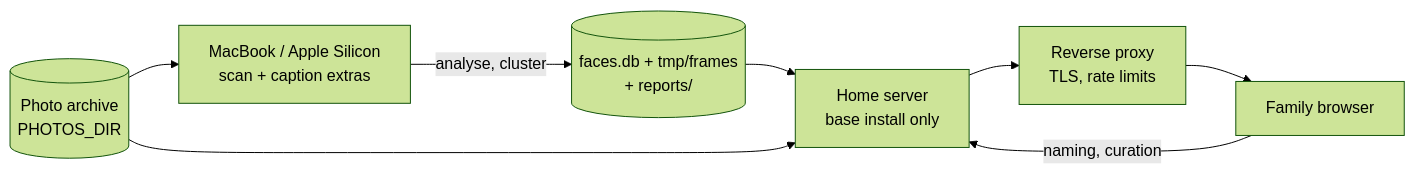
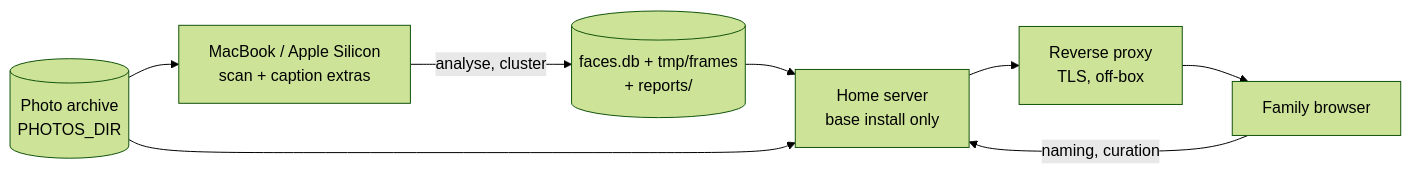
The diagram in core-knowledge/07-operations/README.md (iacopo-papalini/ritrova), drawn with Mermaid (forest theme) before and after one commit. The commit also changed other lines of this file, not shown here.

````diff
--- a/core-knowledge/07-operations/README.md
+++ b/core-knowledge/07-operations/README.md
@@ -75,16 +75,16 @@
 ```mermaid
 flowchart LR
     MB["MacBook / Apple Silicon<br/>scan + caption extras"]
     PHOTOS[("Photo archive<br/>PHOTOS_DIR")]
     DB[("faces.db + tmp/frames<br/>+ reports/")]
     SRV["Home server<br/>base install only"]
-    PROXY["Reverse proxy<br/>TLS, rate limits"]
+    PROXY["Reverse proxy<br/>TLS, off-box"]
     BROWSER["Family browser"]
 
     PHOTOS --> MB
     MB -->|analyse, cluster| DB
     DB --> SRV
     PHOTOS --> SRV
     SRV --> PROXY --> BROWSER
     BROWSER -->|naming, curation| SRV
 ```
````
